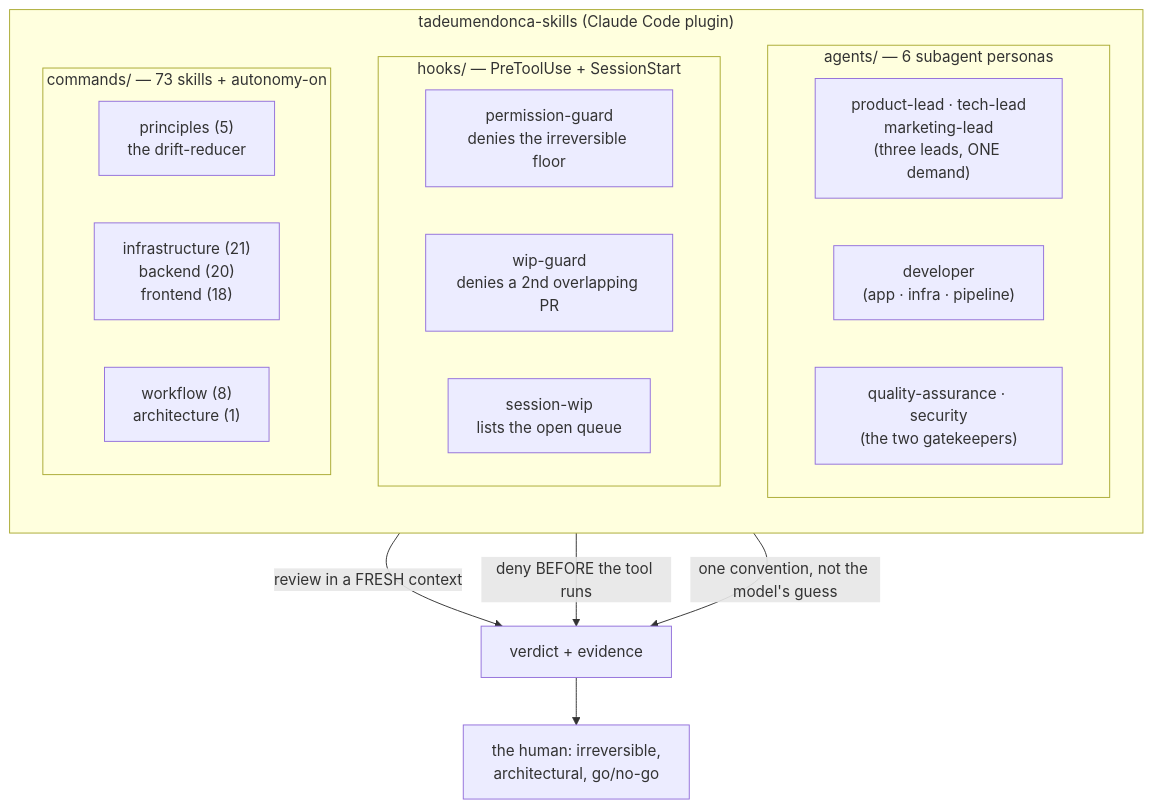
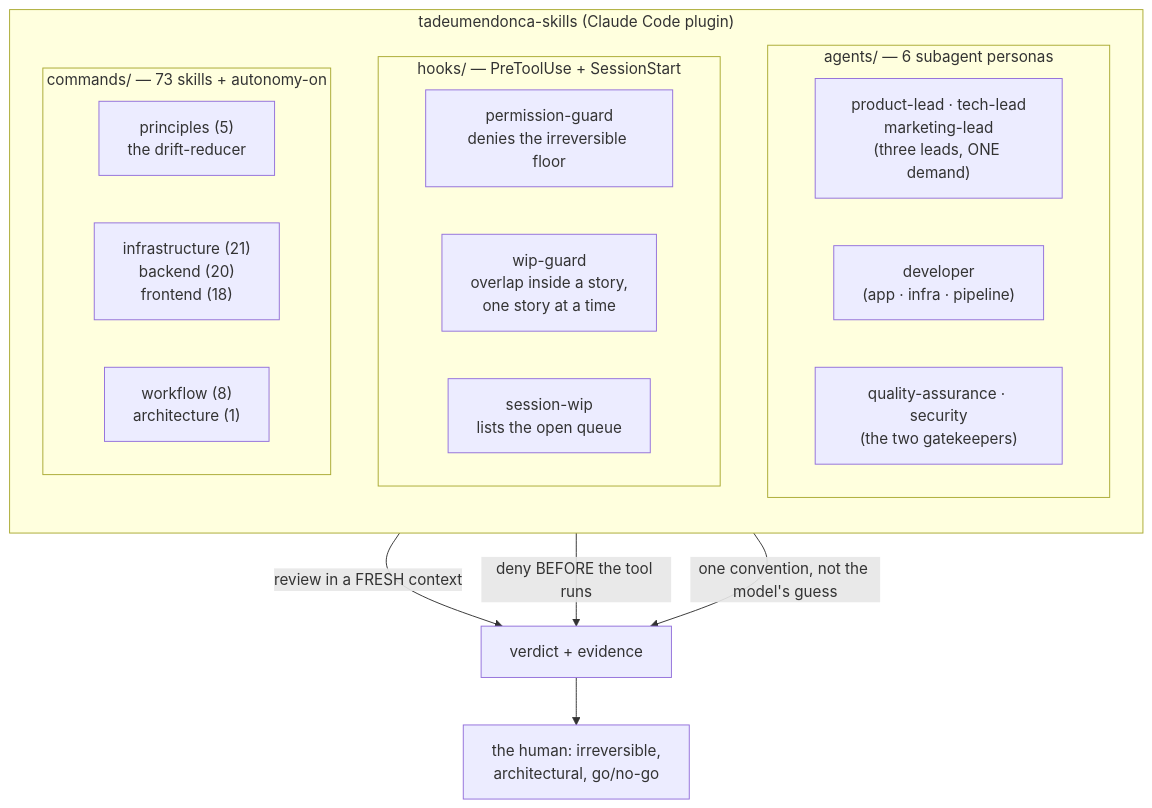
The diagram in README.md (tedeuxx/tadeumendonca-skills), drawn with Mermaid before and after one commit. The commit also changed other lines of this file and 2 other files, not shown here.

````diff
--- a/README.md
+++ b/README.md
@@ -52,32 +52,32 @@
 ```mermaid
 flowchart TB
   subgraph plugin["tadeumendonca-skills (Claude Code plugin)"]
     direction TB
 
     subgraph personas["agents/ — 6 subagent personas"]
       direction LR
       P1["product-lead · tech-lead<br/>marketing-lead<br/>(three leads, ONE demand)"]
       P2["developer<br/>(app · infra · pipeline)"]
       P3["quality-assurance · security<br/>(the two gatekeepers)"]
     end
 
     subgraph hooks["hooks/ — PreToolUse + SessionStart"]
       direction LR
       H1["permission-guard<br/>denies the irreversible floor"]
-      H2["wip-guard<br/>denies a 2nd overlapping PR"]
+      H2["wip-guard<br/>overlap inside a story,<br/>one story at a time"]
       H3["session-wip<br/>lists the open queue"]
     end
 
     subgraph skills["commands/ — 73 skills + autonomy-on"]
       direction LR
       S1["principles (5)<br/>the drift-reducer"]
       S2["infrastructure (21)<br/>backend (20)<br/>frontend (18)"]
       S3["workflow (8)<br/>architecture (1)"]
     end
   end
 
   personas -->|"review in a FRESH context"| verdict["verdict + evidence"]
   hooks -->|"deny BEFORE the tool runs"| verdict
   skills -->|"one convention, not the model's guess"| verdict
   verdict --> human["the human: irreversible,<br/>architectural, go/no-go"]
 ```
````
